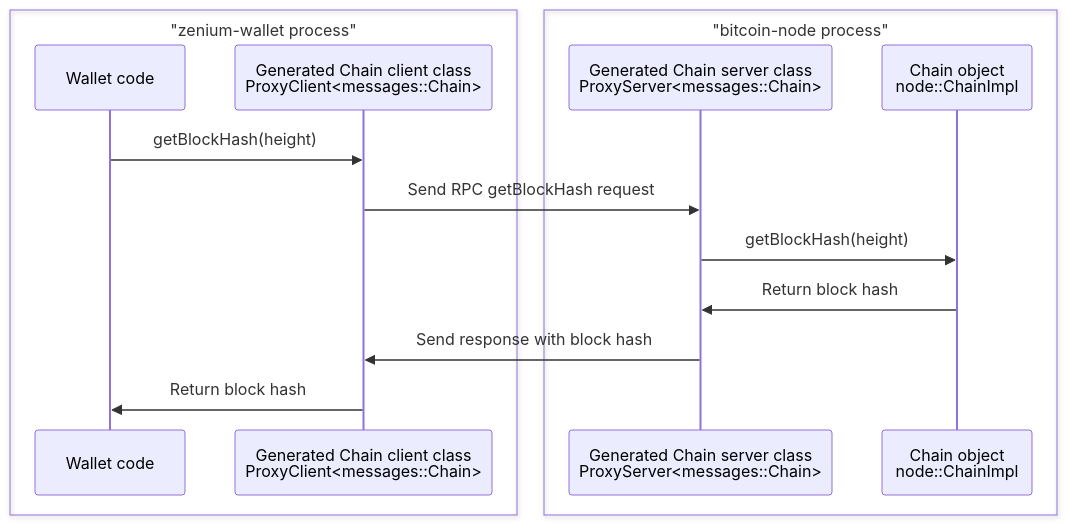
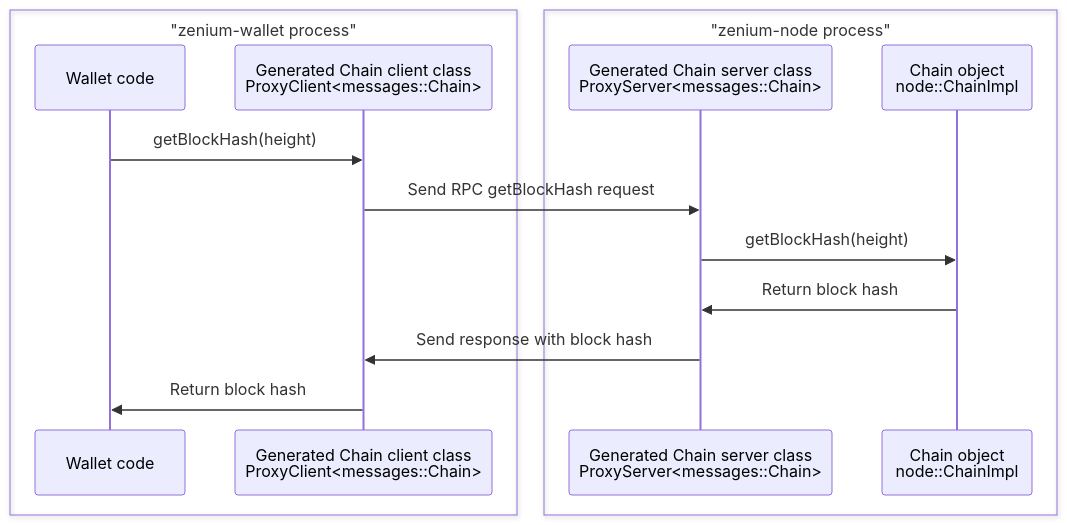
One commit to zenium-community/zenium changed the third of 3 diagrams in doc/design/multiprocess.md. Above: the diagram before and after it, drawn with Mermaid. The commit also changed other lines of this file and 10 other files, not shown here.

Commit message:
Rebrand: rename 'bitcoin-node' to 'zenium-node'

````diff
--- a/doc/design/multiprocess.md
+++ b/doc/design/multiprocess.md
@@ -163,18 +163,18 @@
 ```mermaid
 sequenceDiagram
     box "zenium-wallet process"
     participant WalletCode as Wallet code
     participant ChainClient as Generated Chain client class<br/>ProxyClient<messages::Chain>
     end
-    box "bitcoin-node process"
+    box "zenium-node process"
     participant ChainServer as Generated Chain server class<br/>ProxyServer<messages::Chain>
     participant LocalChain as Chain object<br/>node::ChainImpl
     end
 
     WalletCode->>ChainClient: getBlockHash(height)
     ChainClient->>ChainServer: Send RPC getBlockHash request
     ChainServer->>LocalChain: getBlockHash(height)
     LocalChain->>ChainServer: Return block hash
     ChainServer->>ChainClient: Send response with block hash
     ChainClient->>WalletCode: Return block hash
 ```
````
